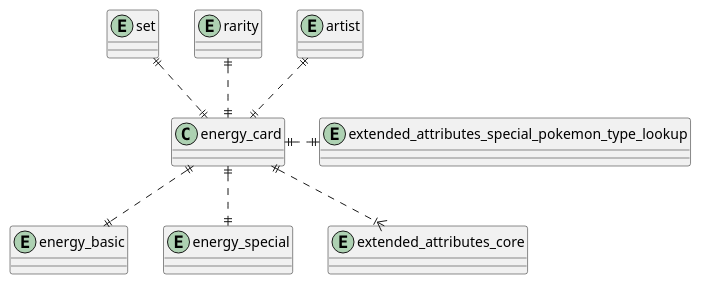
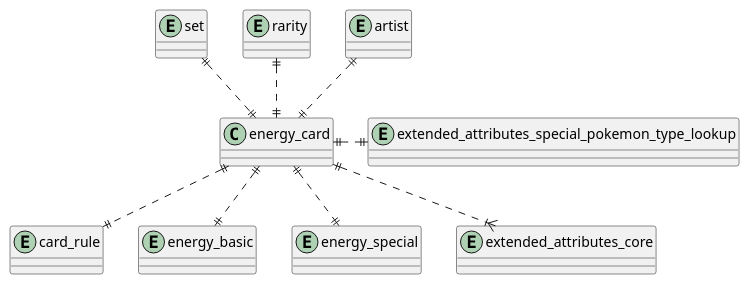
The diagram in schema/entity_relationship_diagrams/enery-card-relationships.puml (pkgreen90/pokemon-tcg-data), drawn with PlantUML before and after one commit. The commit also changed 8 other files, not shown here.

Commit message:
Updated schema puml files and exported images

```diff
--- a/schema/entity_relationship_diagrams/enery-card-relationships.puml
+++ b/schema/entity_relationship_diagrams/enery-card-relationships.puml
@@ -1,19 +1,21 @@
 @startuml energy-card-relationships
 
 entity "artist" as artist {}
+entity "card_rule" as card_rule {}
 entity "energy_basic" as energy_basic {}
 entity "energy_special" as energy_special {}
 entity "extended_attributes_core" as extended_attributes_core {}
 entity "extended_attributes_special_pokemon_type_lookup" as extended_attributes_special_pokemon_type_lookup {}
 entity "rarity" as rarity {}
 entity "set" as set {}
 
 energy_card ||..up|| artist
+energy_card ||..|| card_rule
 energy_card ||..|| energy_basic
 energy_card ||..|| energy_special
 energy_card ||..|{ extended_attributes_core
 energy_card ||..right|| extended_attributes_special_pokemon_type_lookup
 energy_card ||..up|| rarity
 energy_card ||..up|| set
 
 @enduml
```
